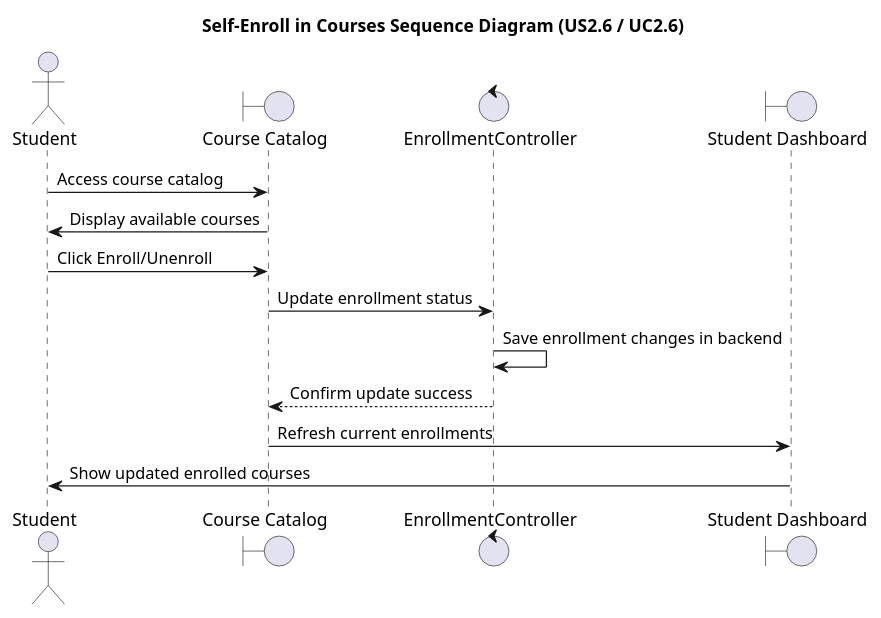
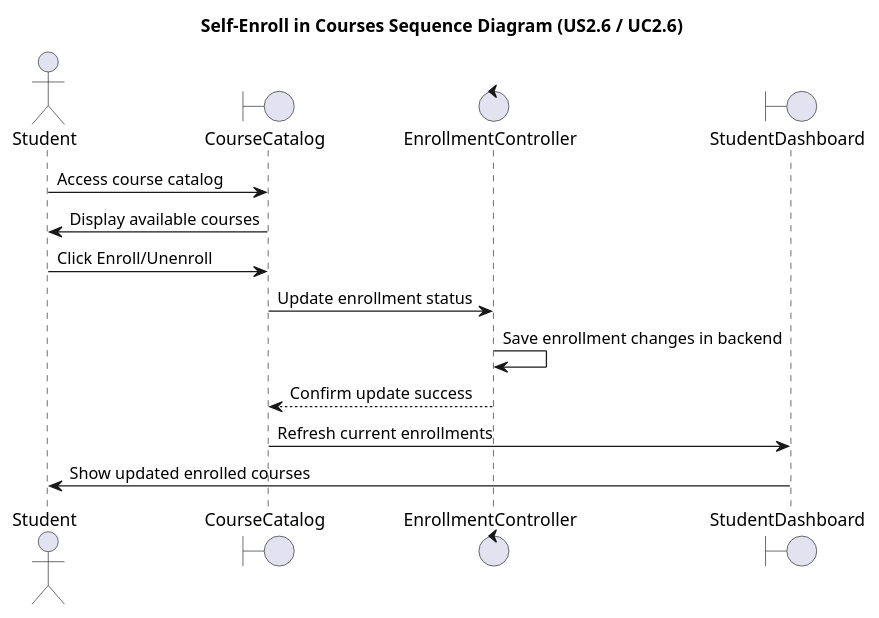
The diagram in docs/2. Diagrams/Sequence diagram/9. Self-EnrollCourses/SelfEnrollCauses.pu (Huangphoux/uit-SE357_requirement), drawn with PlantUML before and after one commit. The commit also changed 41 other files, not shown here.

Commit message:
Add all sequence diagrams

```diff
--- a/docs/2. Diagrams/Sequence diagram/9. Self-EnrollCourses/SelfEnrollCauses.pu
+++ b/docs/2. Diagrams/Sequence diagram/9. Self-EnrollCourses/SelfEnrollCauses.pu
@@ -1,20 +1,20 @@
 @startuml SelfEnrollInCourses
 title Self-Enroll in Courses Sequence Diagram (US2.6 / UC2.6)
 
 actor Student
-boundary "Course Catalog"
-control "EnrollmentController"
-boundary "Student Dashboard"
+boundary CourseCatalog
+control EnrollmentController
+boundary StudentDashboard
 
-Student -> "Course Catalog" : Access course catalog
-"Course Catalog" -> Student : Display available courses
+Student -> CourseCatalog : Access course catalog
+CourseCatalog -> Student : Display available courses
 
-Student -> "Course Catalog" : Click Enroll/Unenroll
-"Course Catalog" -> "EnrollmentController" : Update enrollment status
-"EnrollmentController" -> "EnrollmentController" : Save enrollment changes in backend
-"EnrollmentController" --> "Course Catalog" : Confirm update success
+Student -> CourseCatalog : Click Enroll/Unenroll
+CourseCatalog -> EnrollmentController : Update enrollment status
+EnrollmentController -> EnrollmentController : Save enrollment changes in backend
+EnrollmentController --> CourseCatalog : Confirm update success
 
-"Course Catalog" -> "Student Dashboard" : Refresh current enrollments
-"Student Dashboard" -> Student : Show updated enrolled courses
+CourseCatalog -> StudentDashboard : Refresh current enrollments
+StudentDashboard -> Student : Show updated enrolled courses
 
 @enduml
```
